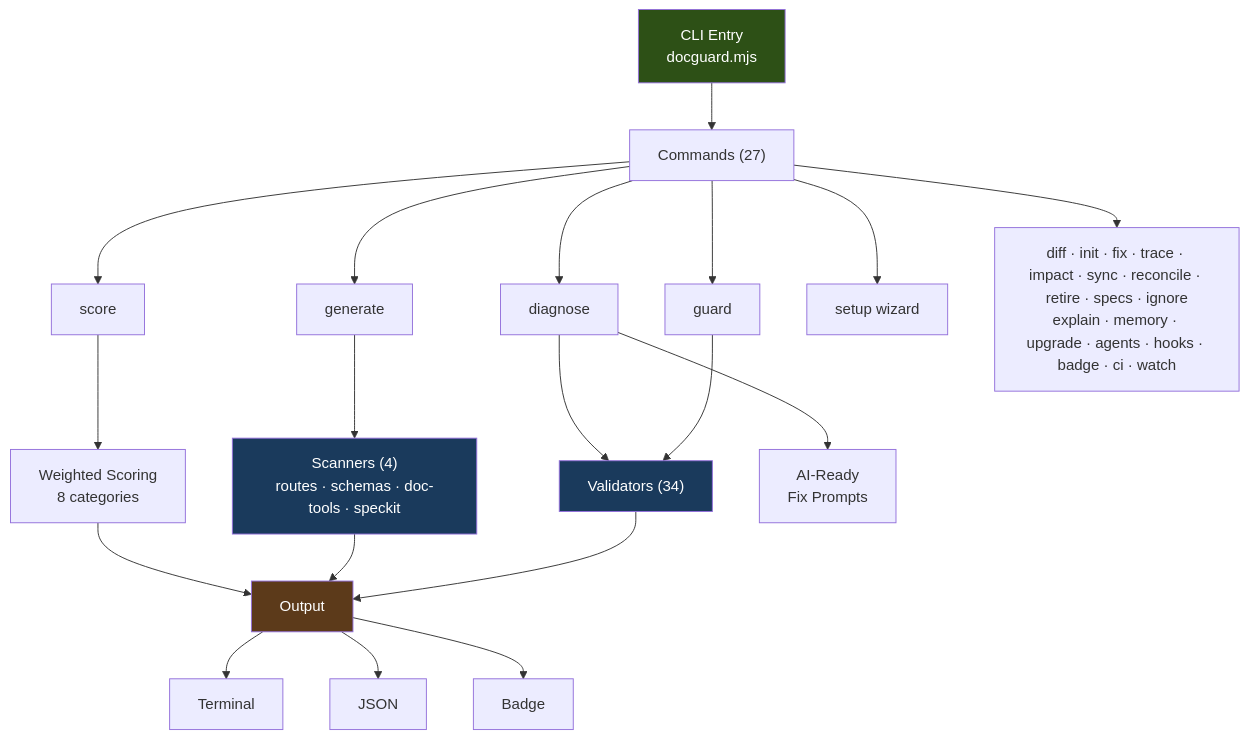
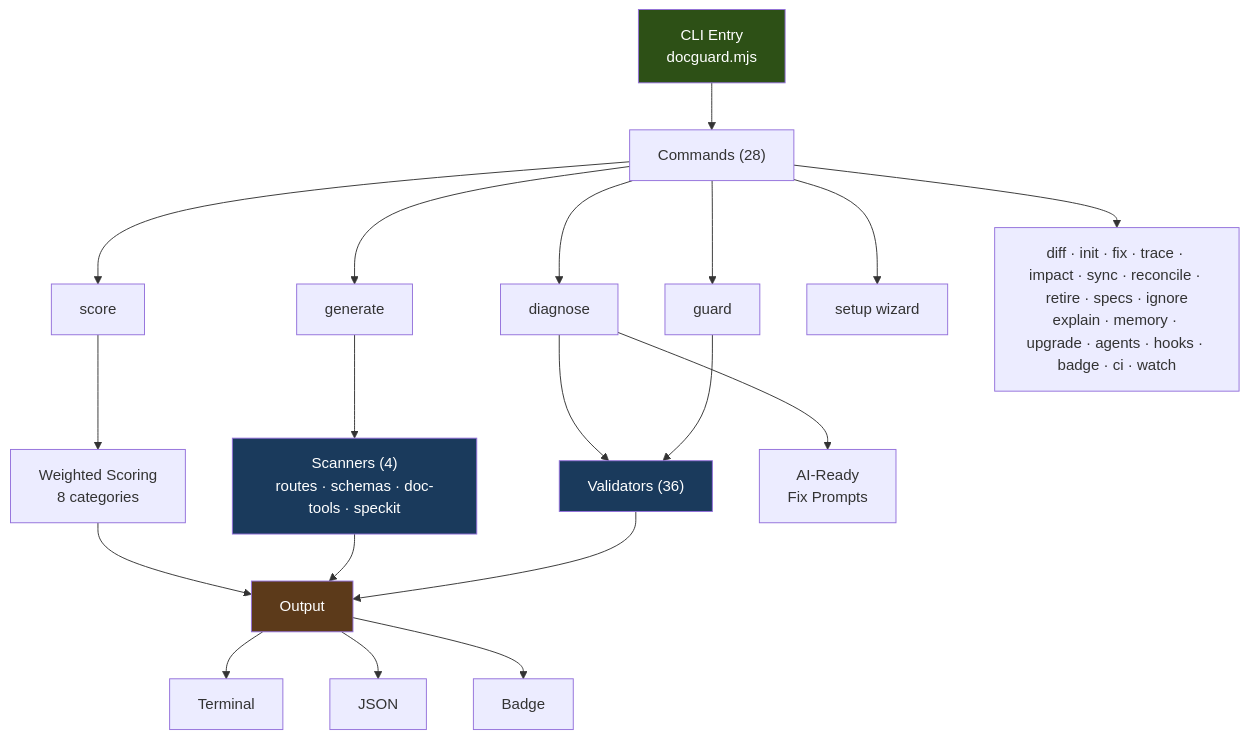
The diagram in README.md (raccioly/docguard), drawn with Mermaid before and after one commit. The commit also changed other lines of this file and 162 other files, not shown here.

````diff
--- a/README.md
+++ b/README.md
@@ -73,28 +73,28 @@
 ```mermaid
 graph TD
-    CLI["CLI Entry<br/>docguard.mjs"] --> Commands["Commands (27)"]
+    CLI["CLI Entry<br/>docguard.mjs"] --> Commands["Commands (28)"]
     Commands --> guard["guard"]
     Commands --> generate["generate"]
     Commands --> score["score"]
     Commands --> diagnose["diagnose"]
     Commands --> setup["setup wizard"]
     Commands --> other["diff · init · fix · trace · impact · sync · reconcile · retire · specs · ignore<br/>explain · memory · upgrade · agents · hooks · badge · ci · watch"]
 
-    guard --> Validators["Validators (34)"]
+    guard --> Validators["Validators (36)"]
     generate --> Scanners["Scanners (4)<br/>routes · schemas · doc-tools · speckit"]
     score --> Scoring["Weighted Scoring<br/>8 categories"]
     diagnose --> Validators
     diagnose --> AIPrompts["AI-Ready<br/>Fix Prompts"]
 
     Validators --> Output["Output"]
     Scanners --> Output
     Scoring --> Output
     Output --> Terminal["Terminal"]
     Output --> JSON["JSON"]
     Output --> Badge["Badge"]
 
     style CLI fill:#2d5016,color:#fff
     style Validators fill:#1a3a5c,color:#fff
     style Scanners fill:#1a3a5c,color:#fff
     style Output fill:#5c3a1a,color:#fff
 ```
````
